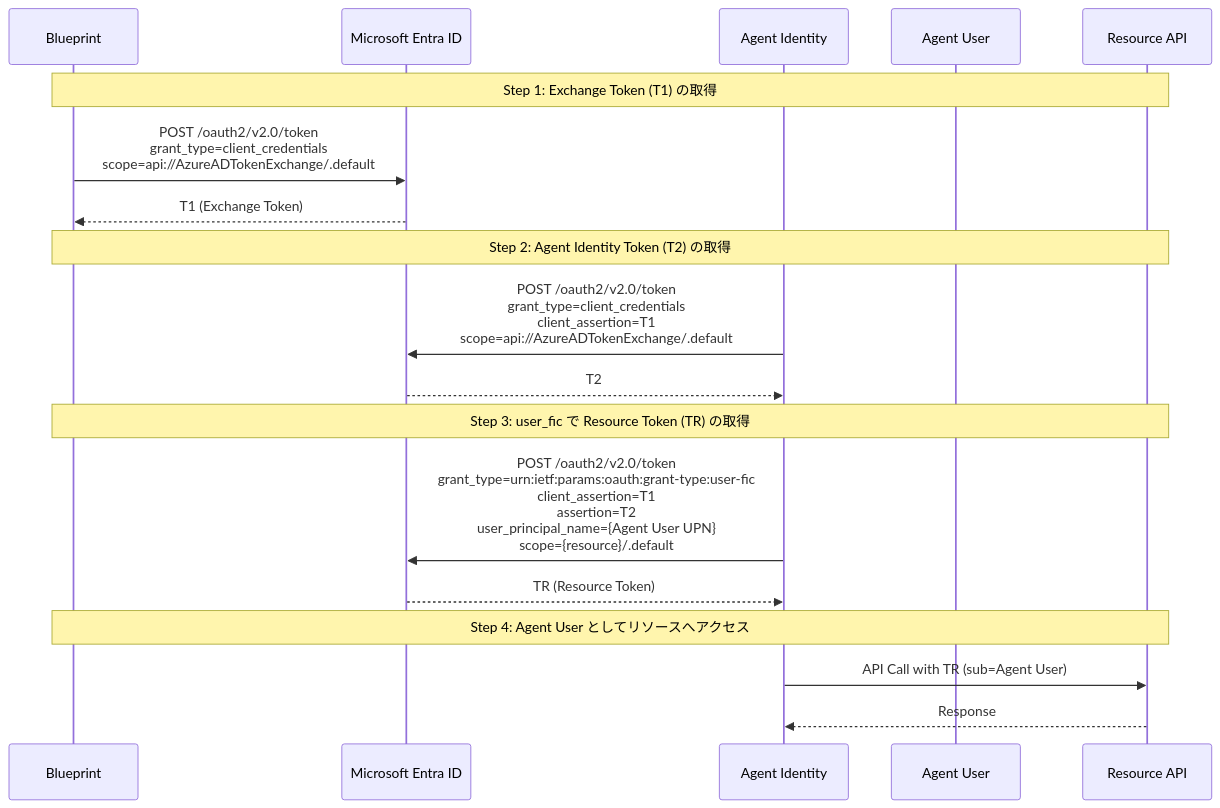
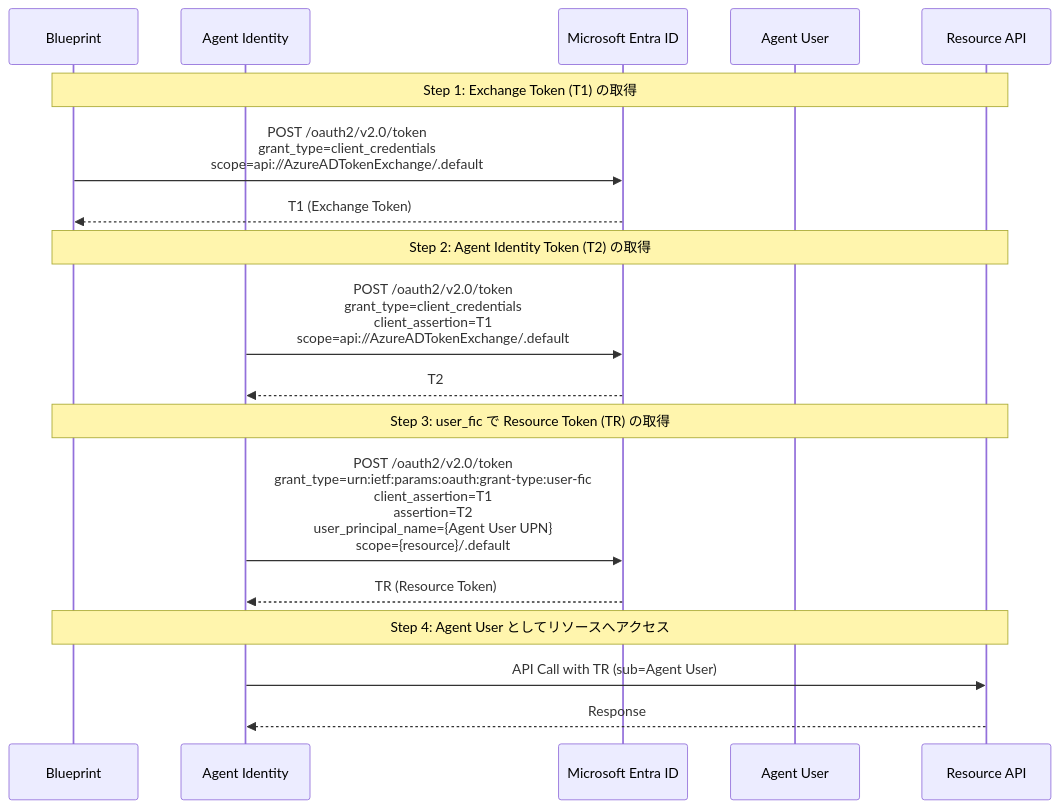
One commit to shmiki-microsoft/REST-Client-for-Visual-Studio-Code---Example-requests-for-Azure-REST-API-and-Microsoft-Graph-API changed the third of 3 diagrams in MicrosoftAgentID/README.md. Above: the diagram before and after it, drawn with Mermaid. The commit also changed other lines of this file and 5 other files, not shown here.

First line of the commit message:
Update Microsoft Entra Agent ID setup and flow documentation

````diff
--- a/MicrosoftAgentID/README.md
+++ b/MicrosoftAgentID/README.md
@@ -252,24 +240,24 @@
 ```mermaid
 sequenceDiagram
     participant B as Blueprint
+    participant AI as Agent Identity
     participant Entra as Microsoft Entra ID
-    participant AI as Agent Identity
     participant AU as Agent User
     participant R as Resource API
 
     Note over B,R: Step 1: Exchange Token (T1) の取得
     B->>Entra: POST /oauth2/v2.0/token<br/>grant_type=client_credentials<br/>scope=api://AzureADTokenExchange/.default
     Entra-->>B: T1 (Exchange Token)
 
     Note over B,R: Step 2: Agent Identity Token (T2) の取得
     AI->>Entra: POST /oauth2/v2.0/token<br/>grant_type=client_credentials<br/>client_assertion=T1<br/>scope=api://AzureADTokenExchange/.default
     Entra-->>AI: T2
 
     Note over B,R: Step 3: user_fic で Resource Token (TR) の取得
     AI->>Entra: POST /oauth2/v2.0/token<br/>grant_type=urn:ietf:params:oauth:grant-type:user-fic<br/>client_assertion=T1<br/>assertion=T2<br/>user_principal_name={Agent User UPN}<br/>scope={resource}/.default
     Entra-->>AI: TR (Resource Token)
 
     Note over B,R: Step 4: Agent User としてリソースへアクセス
     AI->>R: API Call with TR (sub=Agent User)
     R-->>AI: Response
 ```
````
